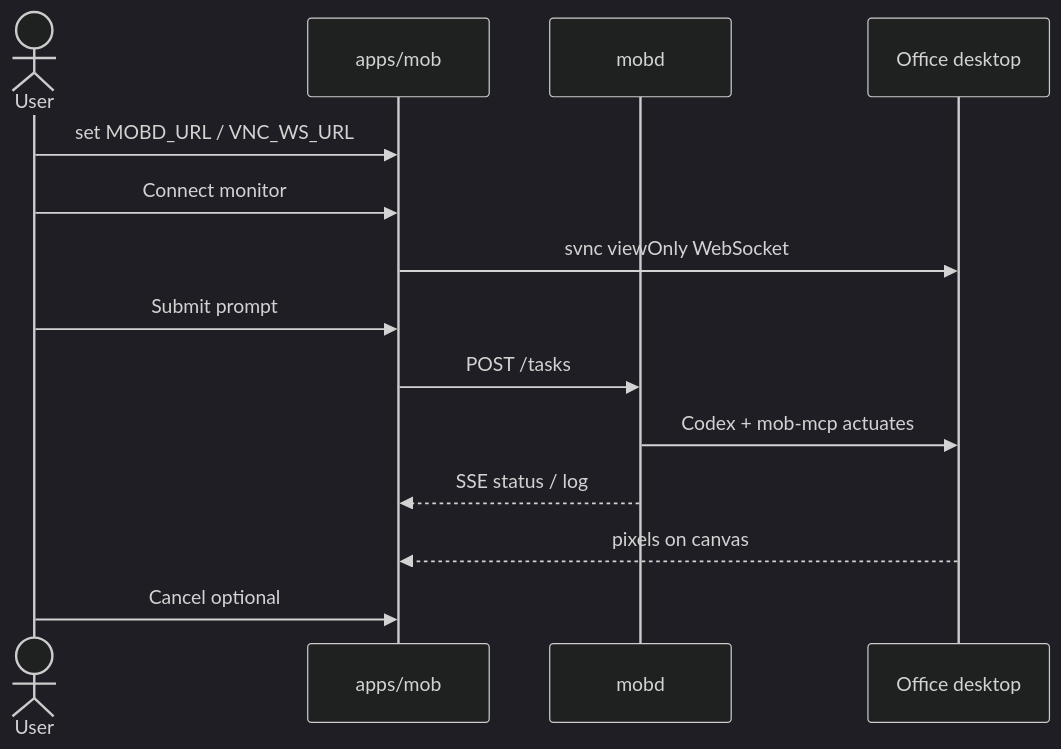
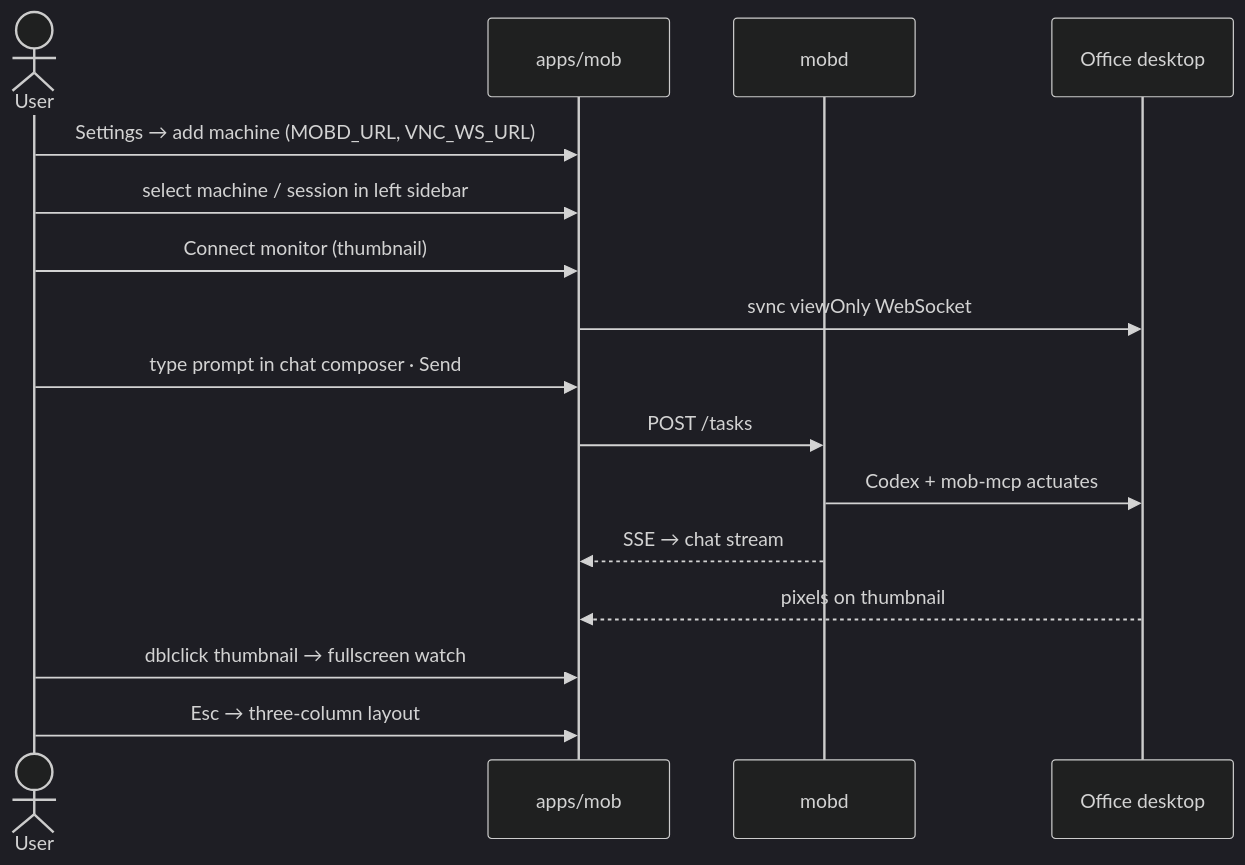
Before and after one commit to CooCoode/mob: the third of 3 diagrams in docs/apps-mob-ui.md, drawn with Mermaid (dark theme). The commit also changed other lines of this file and 2 other files, not shown here.

First line of the commit message:
docs(apps/mob): Grok-like three-column IA

````diff
--- a/docs/apps-mob-ui.md
+++ b/docs/apps-mob-ui.md
@@ -98,17 +122,19 @@
 ```mermaid
 sequenceDiagram
   actor User
   participant Mob as apps/mob
   participant Mobd as mobd
   participant Desk as Office desktop
 
-  User->>Mob: set MOBD_URL / VNC_WS_URL
-  User->>Mob: Connect monitor
+  User->>Mob: Settings → add machine (MOBD_URL, VNC_WS_URL)
+  User->>Mob: select machine / session in left sidebar
+  User->>Mob: Connect monitor (thumbnail)
   Mob->>Desk: svnc viewOnly WebSocket
-  User->>Mob: Submit prompt
+  User->>Mob: type prompt in chat composer · Send
   Mob->>Mobd: POST /tasks
   Mobd->>Desk: Codex + mob-mcp actuates
-  Mobd-->>Mob: SSE status / log
-  Desk-->>Mob: pixels on canvas
-  User->>Mob: Cancel optional
+  Mobd-->>Mob: SSE → chat stream
+  Desk-->>Mob: pixels on thumbnail
+  User->>Mob: dblclick thumbnail → fullscreen watch
+  User->>Mob: Esc → three-column layout
 ```
````
